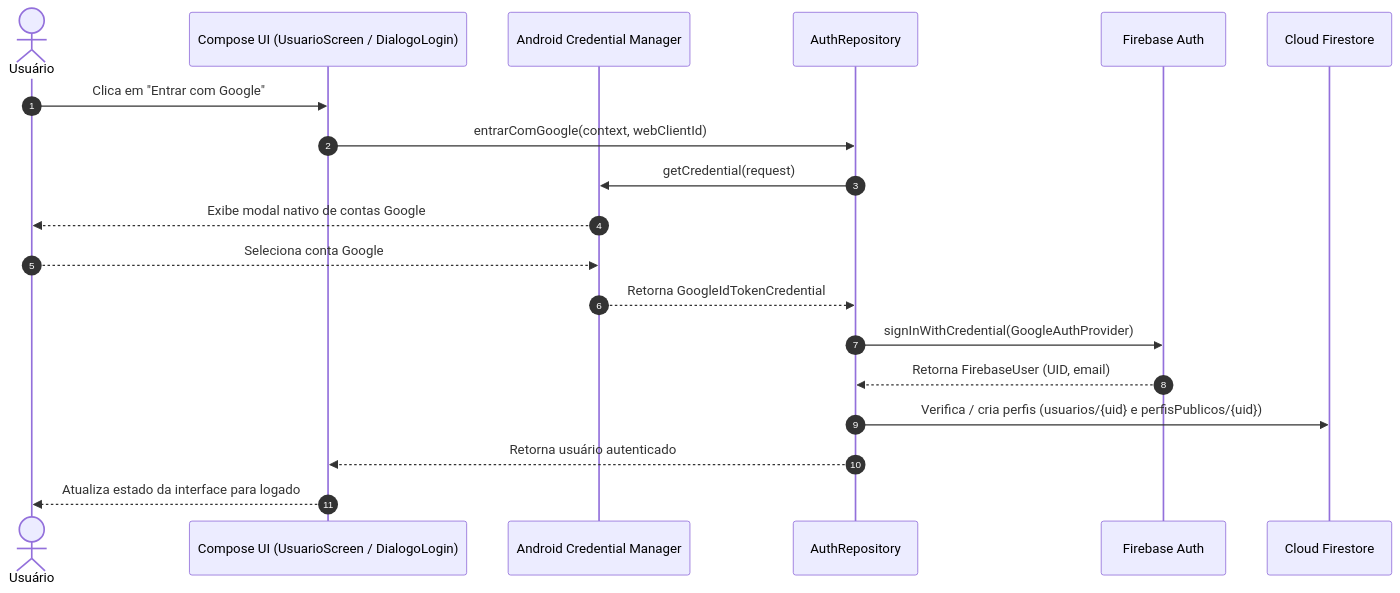
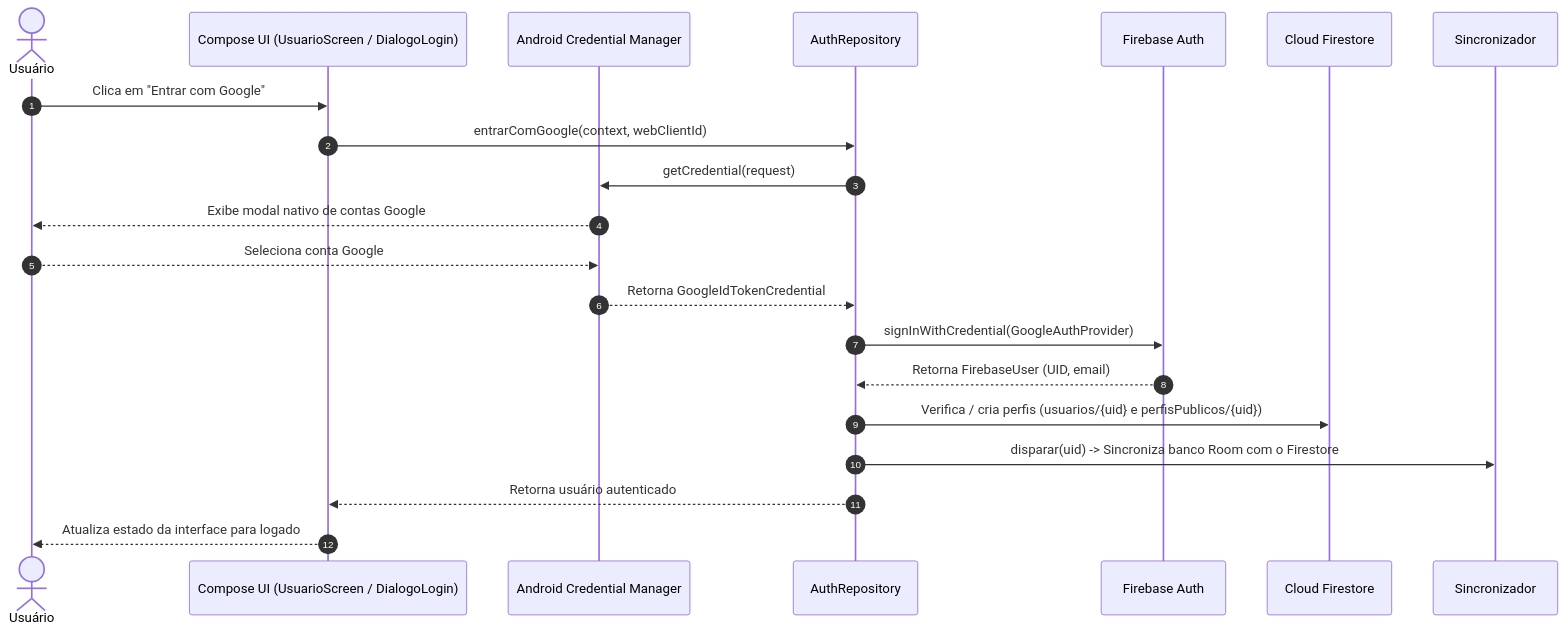
Before and after one commit to Lucksander/Seriando: the second of 2 diagrams in README.md, drawn with Mermaid. The commit also changed other lines of this file and 49 other files, not shown here.

First line of the commit message:
Implementa arquitetura offline-first com Room

````diff
--- a/README.md
+++ b/README.md
@@ -119,22 +147,24 @@
 ```mermaid
 sequenceDiagram
     autonumber
     actor User as Usuário
     participant UI as Compose UI (UsuarioScreen / DialogoLogin)
     participant CM as Android Credential Manager
     participant Auth as AuthRepository
     participant FB as Firebase Auth
     participant FS as Cloud Firestore
+    participant Sync as Sincronizador
 
     User->>UI: Clica em "Entrar com Google"
     UI->>Auth: entrarComGoogle(context, webClientId)
     Auth->>CM: getCredential(request)
     CM-->>User: Exibe modal nativo de contas Google
     User-->>CM: Seleciona conta Google
     CM-->>Auth: Retorna GoogleIdTokenCredential
     Auth->>FB: signInWithCredential(GoogleAuthProvider)
     FB-->>Auth: Retorna FirebaseUser (UID, email)
     Auth->>FS: Verifica / cria perfis (usuarios/{uid} e perfisPublicos/{uid})
+    Auth->>Sync: disparar(uid) -> Sincroniza banco Room com o Firestore
     Auth-->>UI: Retorna usuário autenticado
     UI-->>User: Atualiza estado da interface para logado
 ```
````
